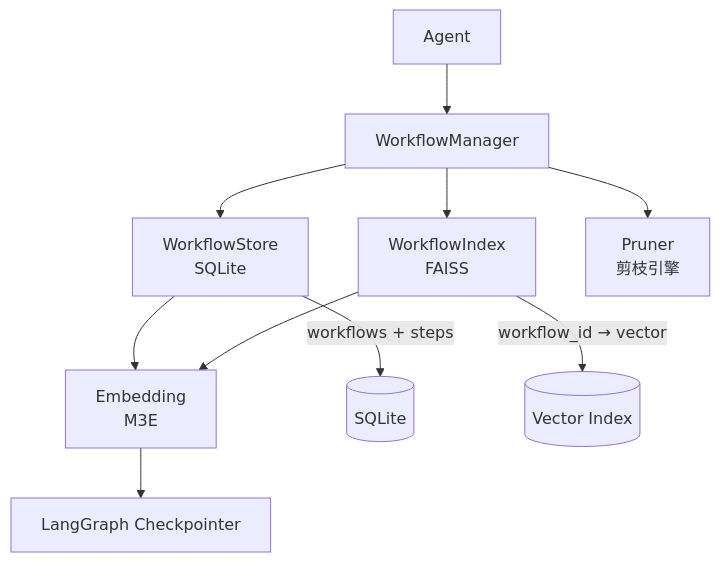
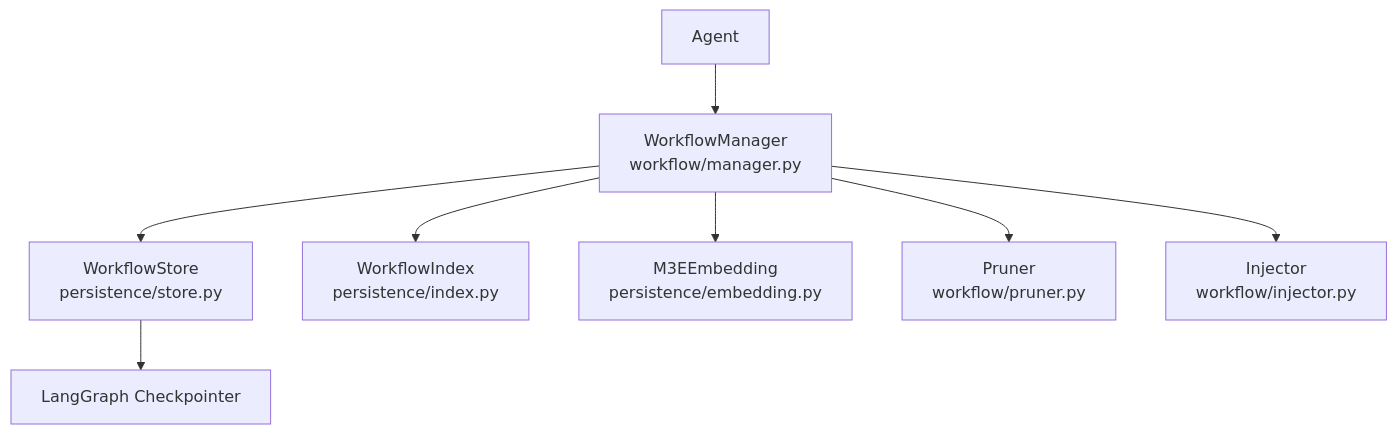
The first of 5 diagrams in docs/Design.md (Mag1cry/WorkflowRAG), drawn with Mermaid before and after one commit. The commit also changed other lines of this file and 23 other files, not shown here.

````diff
--- a/docs/Design.md
+++ b/docs/Design.md
@@ -96,20 +109,19 @@
 ```mermaid
 flowchart TB
     Agent[Agent]
-    WM[WorkflowManager]
-    WS[WorkflowStore<br/>SQLite]
-    WI[WorkflowIndex<br/>FAISS]
-    PR[Pruner<br/>剪枝引擎]
-    EM[Embedding<br/>M3E]
+    WM[WorkflowManager<br/>workflow/manager.py]
+    WS[WorkflowStore<br/>persistence/store.py]
+    WI[WorkflowIndex<br/>persistence/index.py]
+    EM[M3EEmbedding<br/>persistence/embedding.py]
+    PR[Pruner<br/>workflow/pruner.py]
+    INJ[Injector<br/>workflow/injector.py]
     CP[LangGraph Checkpointer]
 
     Agent --> WM
+    WM --> PR
+    WM --> INJ
     WM --> WS
     WM --> WI
-    WM --> PR
-    WS --> |workflows + steps| DB[(SQLite)]
-    WI --> |workflow_id → vector| VEC[(Vector Index)]
-    WS --> EM
-    WI --> EM
-    EM --> CP
+    WM --> EM
+    WS --> CP
 ```
````
